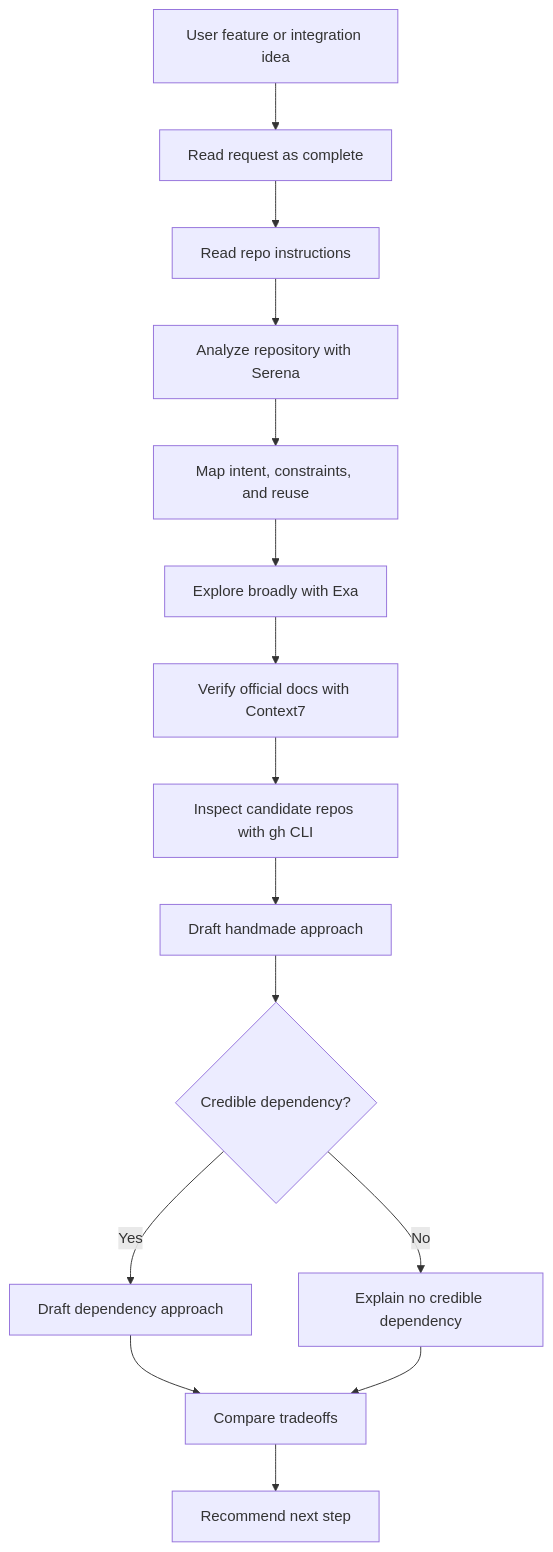
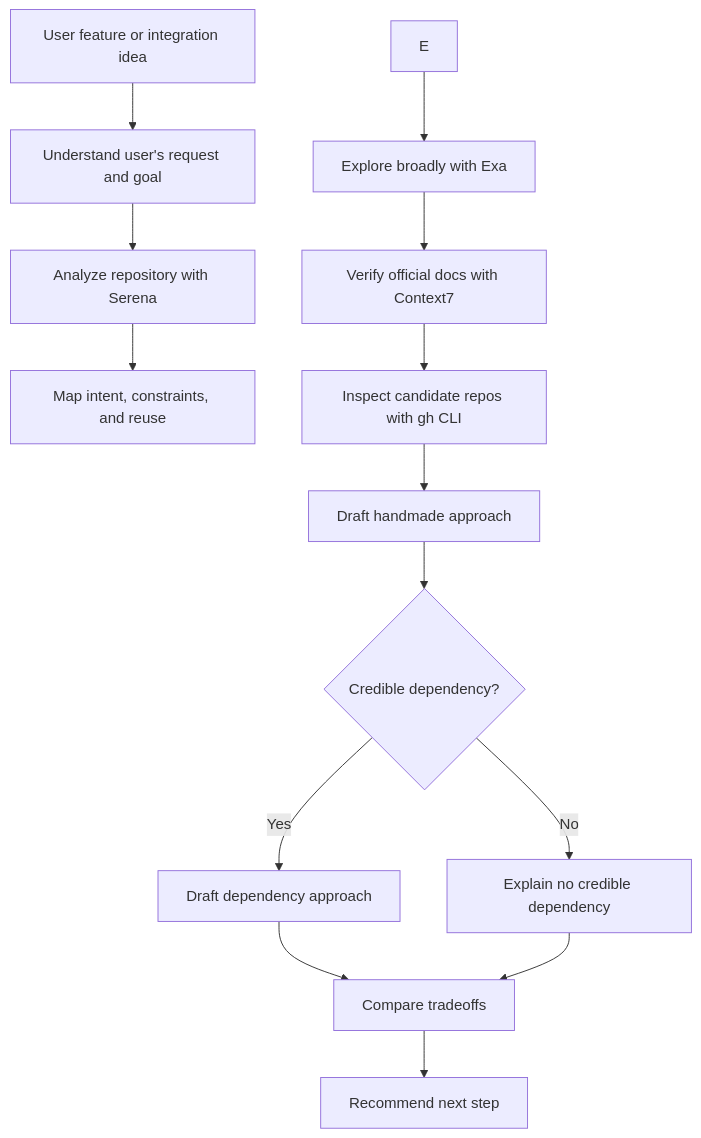
Before and after one commit to mvagnon/plan-based-agentic-workflow: the diagram in skills/brainstorm/SKILL.md, drawn with Mermaid. The commit also changed other lines of this file and 8 other files, not shown here.

````diff
--- a/skills/brainstorm/SKILL.md
+++ b/skills/brainstorm/SKILL.md
@@ -24,17 +22,16 @@
 ```mermaid
 flowchart TD
-  A[User feature or integration idea] --> B[Read request as complete]
-  B --> C[Read repo instructions]
-  C --> D[Analyze repository with Serena]
-  D --> E[Map intent, constraints, and reuse]
+  A[User feature or integration idea] --> B[Understand user's request and goal]
+  B --> C[Analyze repository with Serena]
+  C --> D[Map intent, constraints, and reuse]
   E --> F[Explore broadly with Exa]
   F --> G[Verify official docs with Context7]
   G --> H[Inspect candidate repos with gh CLI]
   H --> I[Draft handmade approach]
   I --> J{Credible dependency?}
   J -->|Yes| K[Draft dependency approach]
   J -->|No| L[Explain no credible dependency]
   K --> M[Compare tradeoffs]
   L --> M
   M --> N[Recommend next step]
 ```
````
